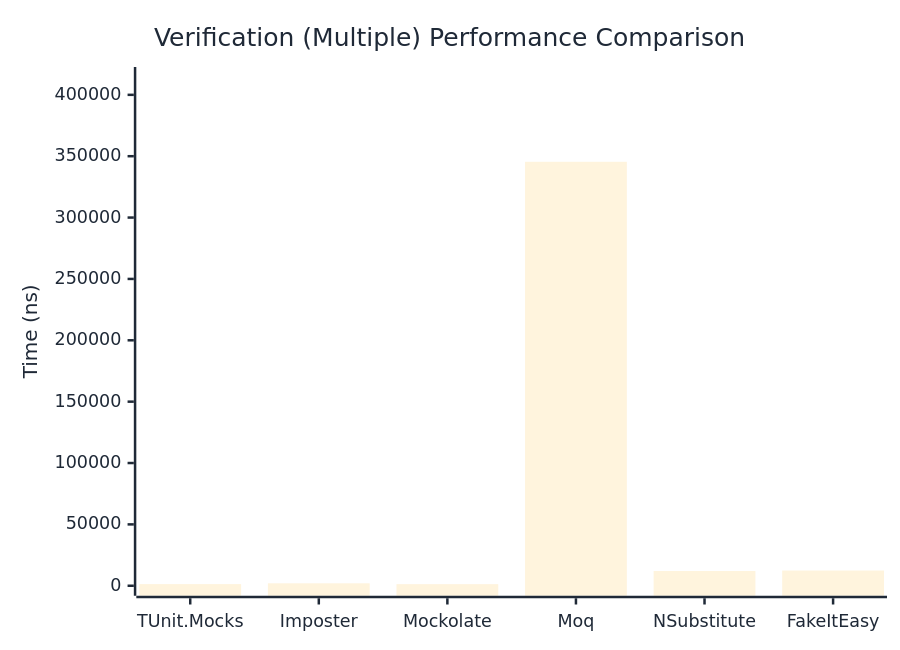
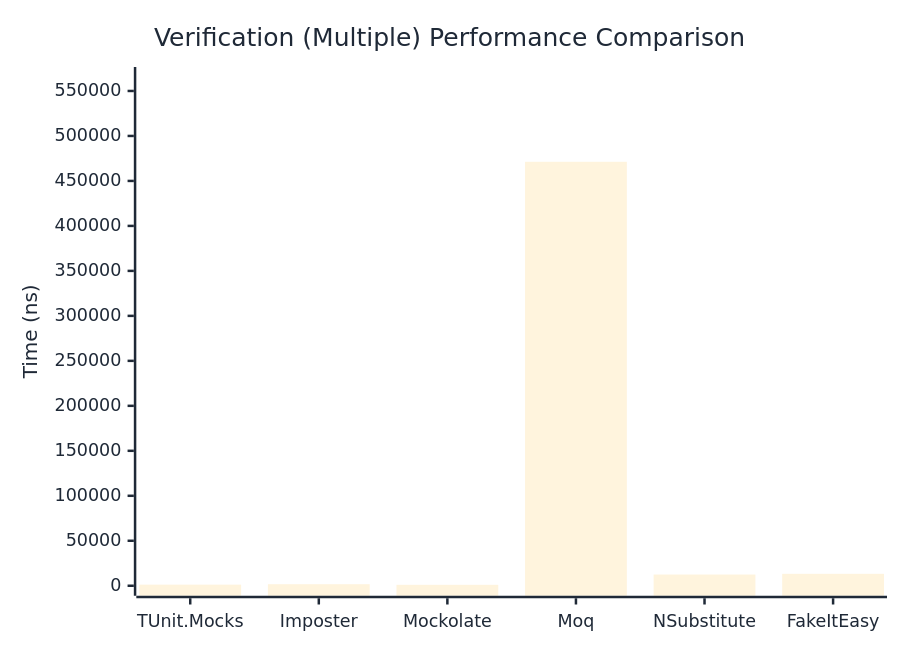
The third of 3 diagrams in docs/docs/benchmarks/mocks/Verification.md (thomhurst/TUnit), drawn with Mermaid before and after one commit. The commit also changed other lines of this file and 14 other files, not shown here.

````diff
--- a/docs/docs/benchmarks/mocks/Verification.md
+++ b/docs/docs/benchmarks/mocks/Verification.md
@@ -112,27 +112,27 @@
 ```mermaid
 %%{init: {
   'theme':'base',
   'themeVariables': {
     'primaryColor': '#2563eb',
     'primaryTextColor': '#1f2937',
     'primaryBorderColor': '#1e40af',
     'lineColor': '#6b7280',
     'secondaryColor': '#7c3aed',
     'tertiaryColor': '#dc2626',
     'background': '#ffffff',
     'pie1': '#2563eb',
     'pie2': '#7c3aed',
     'pie3': '#dc2626',
     'pie4': '#f59e0b',
     'pie5': '#10b981',
     'pie6': '#06b6d4',
     'pie7': '#ec4899',
     'pie8': '#6366f1'
   }
 }}%%
 xychart-beta
   title "Verification (Multiple) Performance Comparison"
   x-axis ["TUnit.Mocks", "Imposter", "Mockolate", "Moq", "NSubstitute", "FakeItEasy"]
-  y-axis "Time (ns)" 0 --> 414534
-  bar [1338.64, 1981.97, 1288.8, 345444.27, 12012.73, 12404.93]
+  y-axis "Time (ns)" 0 --> 565520
+  bar [1214.15, 1716.74, 1041.64, 471265.94, 12465.25, 13246.06]
 ```
````
